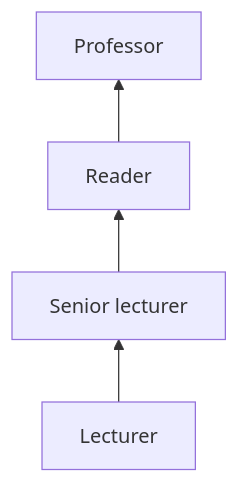
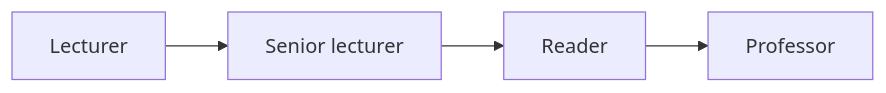
The third of 3 diagrams in content/resource/grad-FAQ/before/research.md (paytonrodman/paytonrodman.github.io), drawn with Mermaid before and after one commit. The commit also changed other lines of this file, not shown here.

````diff
--- a/content/resource/grad-FAQ/before/research.md
+++ b/content/resource/grad-FAQ/before/research.md
@@ -118,6 +118,6 @@
 ```mermaid
-graph BT;
+graph LR;
   A[Lecturer]-->B[Senior lecturer];
   B[Senior lecturer]-->C[Reader];
   C[Reader]-->D[Professor];
 ```
````
